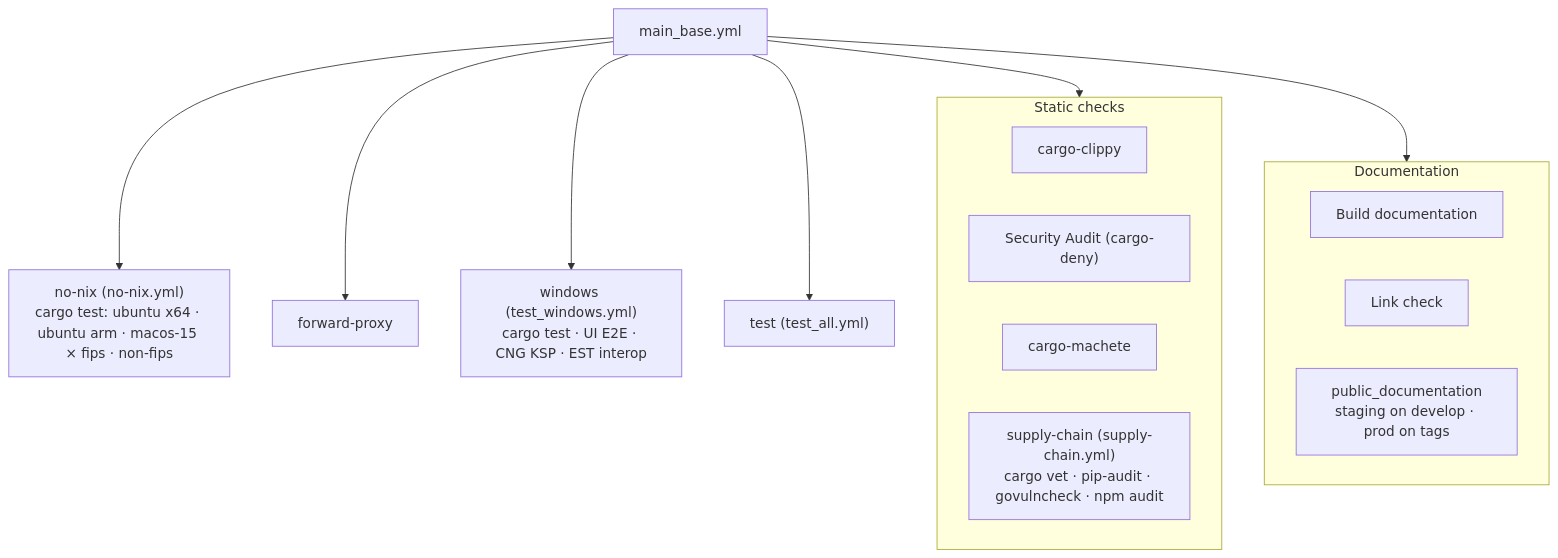
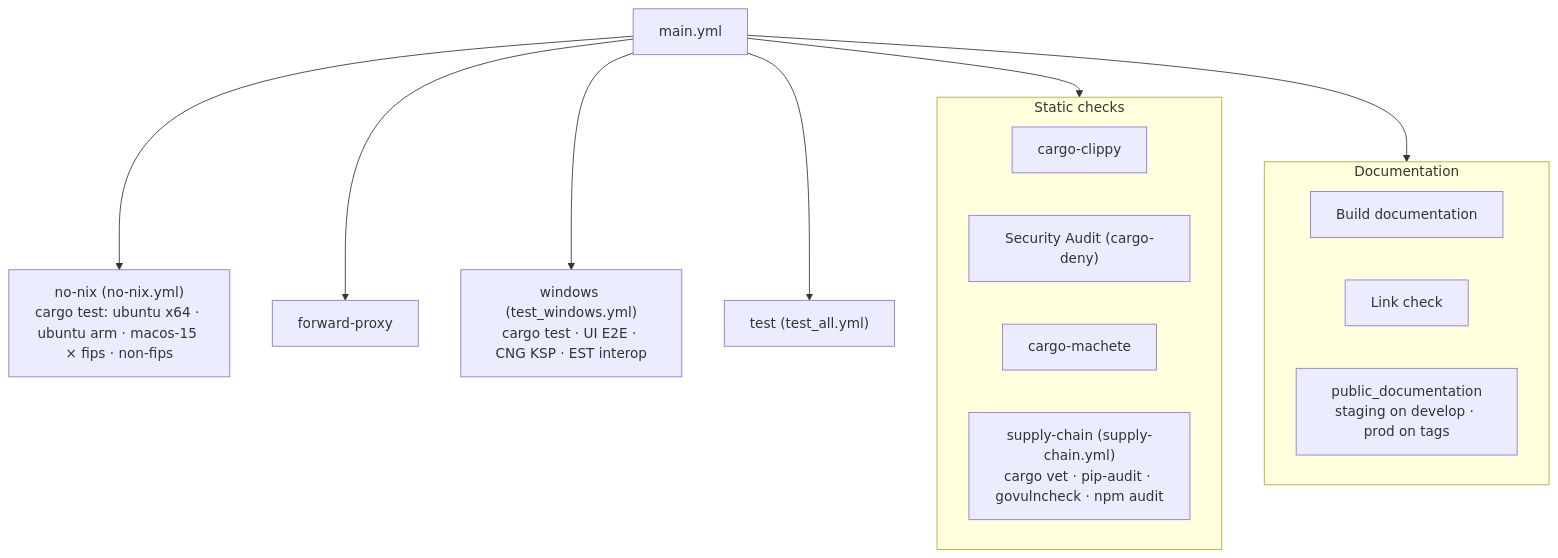
One commit to Cosmian/kms changed the second of 3 diagrams in .github/workflows/README_main.md. Above: the diagram before and after it, drawn with Mermaid. The commit also changed other lines of this file and 5 other files, not shown here.

Commit message:
ci: call jobs directly from main.yml (drop main_base.yml) so the run page groups them by area

````diff
--- a/.github/workflows/README_main.md
+++ b/.github/workflows/README_main.md
@@ -36,20 +36,20 @@
 ```mermaid
 flowchart TB
-    Base["main_base.yml"]
+    Main["main.yml"]
     subgraph Static["Static checks"]
         Clippy["cargo-clippy"]
         Deny["Security Audit (cargo-deny)"]
         Machete["cargo-machete"]
         Supply["supply-chain (supply-chain.yml)<br/>cargo vet · pip-audit · govulncheck · npm audit"]
     end
     subgraph Docs["Documentation"]
         DocBuild["Build documentation"]
         Links["Link check"]
         PubDoc["public_documentation<br/>staging on develop · prod on tags"]
     end
     NoNix["no-nix (no-nix.yml)<br/>cargo test: ubuntu x64 · ubuntu arm · macos-15 × fips · non-fips"]
     Proxy["forward-proxy"]
     Win["windows (test_windows.yml)<br/>cargo test · UI E2E · CNG KSP · EST interop"]
     TestAll["test (test_all.yml)"]
-    Base --> Static & Docs & NoNix & Proxy & Win & TestAll
+    Main --> Static & Docs & NoNix & Proxy & Win & TestAll
 ```
````
